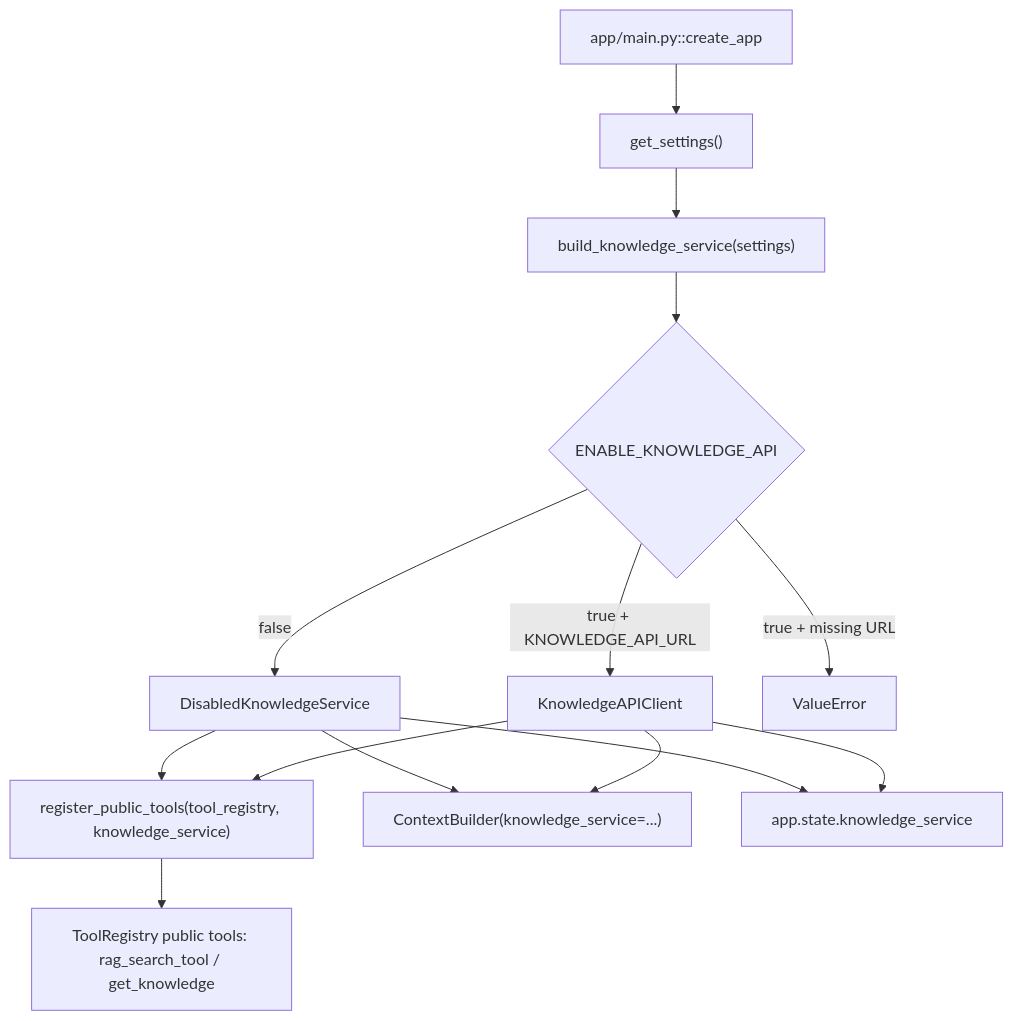
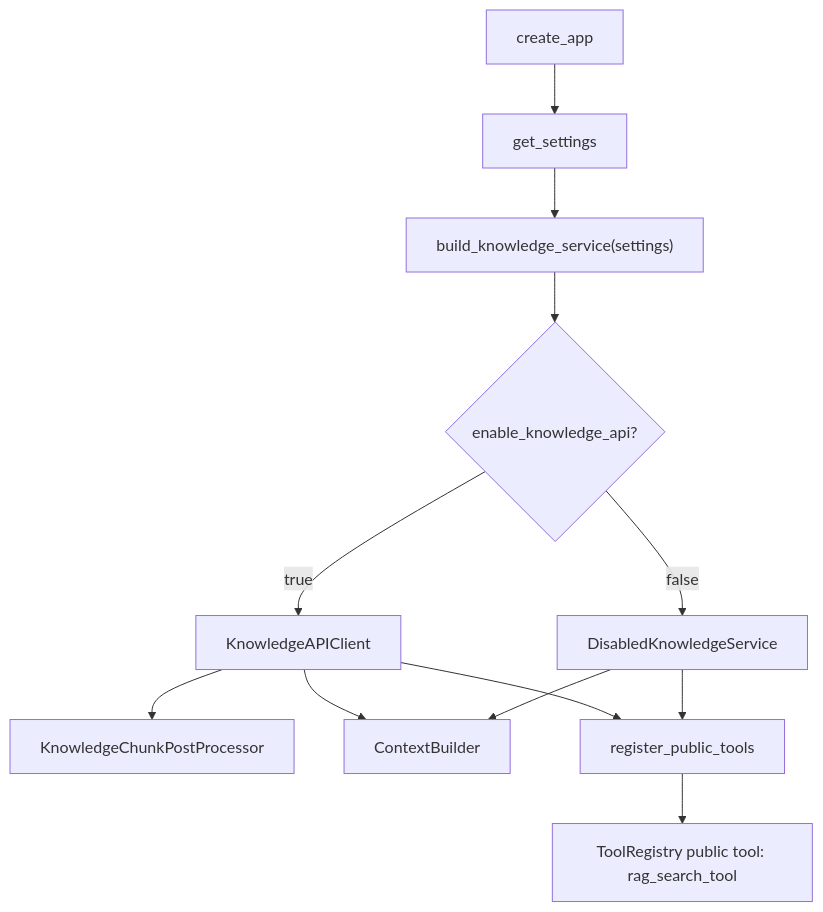
Before and after one commit to Ygj11/multi-agent: the first of 2 diagrams in agent-development/docs/Knowledge Service Usage.md, drawn with Mermaid. The commit also changed other lines of this file and 55 other files, not shown here.

````diff
--- a/agent-development/docs/Knowledge Service Usage.md
+++ b/agent-development/docs/Knowledge Service Usage.md
@@ -266,16 +166,14 @@
 ```mermaid
 flowchart TD
-    A["app/main.py::create_app"] --> B["get_settings()"]
+    A["create_app"] --> B["get_settings"]
     B --> C["build_knowledge_service(settings)"]
-    C --> D{"ENABLE_KNOWLEDGE_API"}
+    C --> D{"enable_knowledge_api?"}
     D -- "false" --> E["DisabledKnowledgeService"]
-    D -- "true + KNOWLEDGE_API_URL" --> F["KnowledgeAPIClient"]
-    D -- "true + missing URL" --> G["ValueError"]
-    E --> H["register_public_tools(tool_registry, knowledge_service)"]
+    D -- "true" --> F["KnowledgeAPIClient"]
+    F --> G["KnowledgeChunkPostProcessor"]
+    E --> H["ContextBuilder"]
     F --> H
-    H --> I["ToolRegistry public tools: rag_search_tool / get_knowledge"]
-    E --> J["ContextBuilder(knowledge_service=...)"]
-    F --> J
-    E --> K["app.state.knowledge_service"]
-    F --> K
+    E --> I["register_public_tools"]
+    F --> I
+    I --> J["ToolRegistry public tool: rag_search_tool"]
 ```
````
